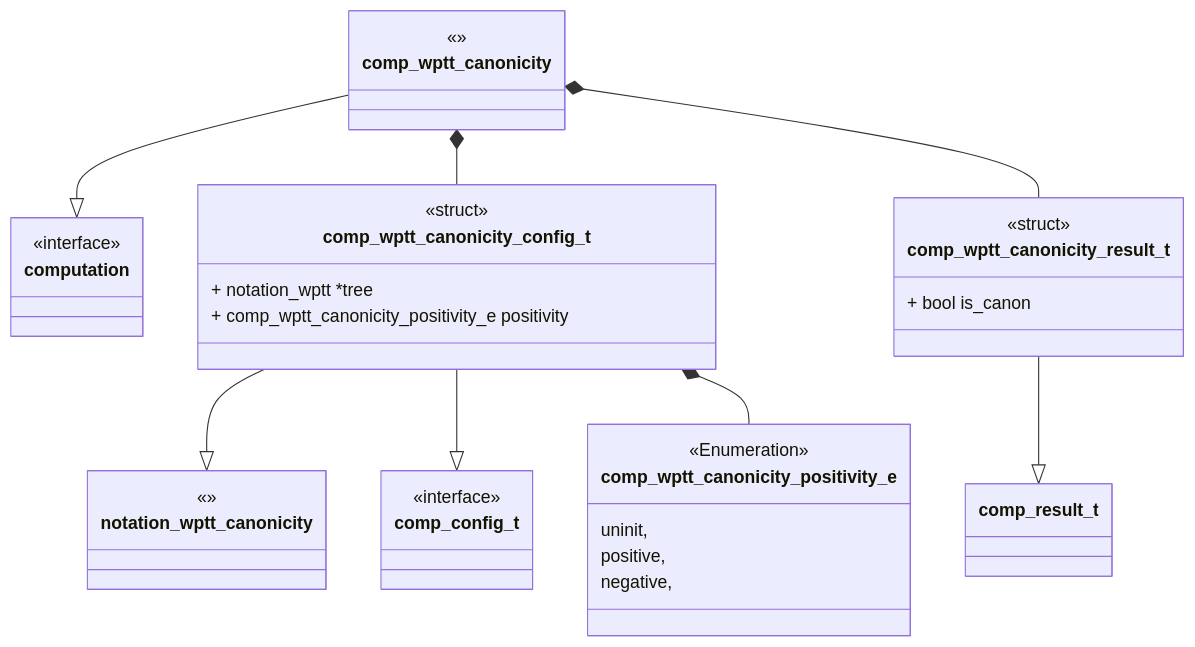
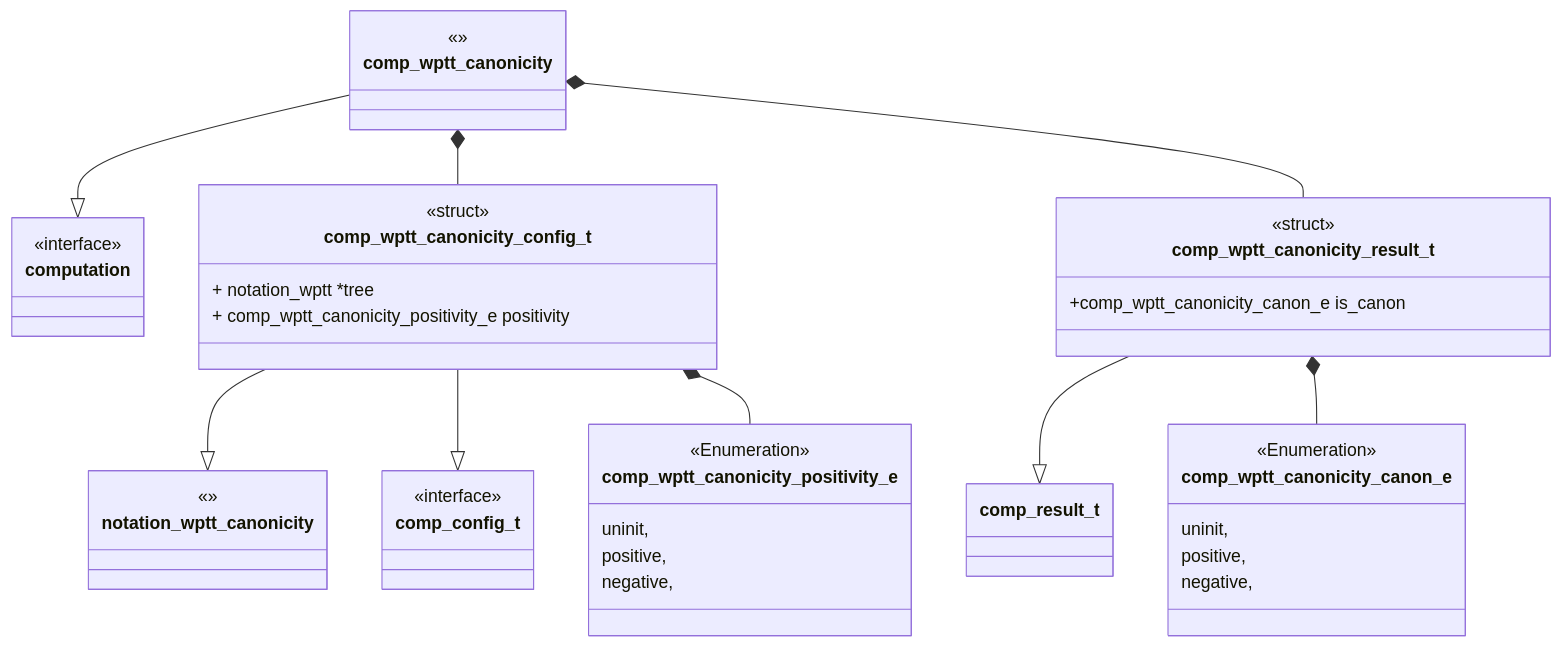
One commit to Uiowa-Applied-Topology/tanglenomicon_core_libraries changed the first of 4 diagrams in source/comp-wptt_canonicity/unit-description.md. Above: the diagram before and after it, drawn with Mermaid. The commit also changed 2 other files, not shown here.

````diff
--- a/source/comp-wptt_canonicity/unit-description.md
+++ b/source/comp-wptt_canonicity/unit-description.md
@@ -11,48 +11,56 @@
 ```mermaid
 classDiagram
     comp_wptt_canonicity  --|> computation
-    comp_wptt_canonicity _config_t --|> notation_wptt_canonicity
-    comp_wptt_canonicity _config_t --|> comp_config_t
-    comp_wptt_canonicity _result_t --|> comp_result_t
+    comp_wptt_canonicity_config_t --|> notation_wptt_canonicity
+    comp_wptt_canonicity_config_t --|> comp_config_t
+    comp_wptt_canonicity_result_t --|> comp_result_t
     comp_wptt_canonicity  *-- comp_wptt_canonicity _config_t
     comp_wptt_canonicity  *-- comp_wptt_canonicity _result_t
-    comp_wptt_canonicity _config_t *-- comp_wptt_canonicity_positivity_e
+    comp_wptt_canonicity_config_t *-- comp_wptt_canonicity_positivity_e
+    comp_wptt_canonicity_result_t *-- comp_wptt_canonicity_canon_e
 
     class computation {
         <<interface>>
     }
 
     class comp_wptt_canonicity  {
     <<>>
     }
 
     class notation_wptt_canonicity {
     <<>>
     }
 
-    class comp_wptt_canonicity _config_t {
+    class comp_wptt_canonicity_config_t {
     <<struct>>
     + notation_wptt *tree
     + comp_wptt_canonicity_positivity_e positivity
     }
 
     class comp_wptt_canonicity_positivity_e {
     <<Enumeration>>
      uninit,
      positive,
      negative,
     }
 
-    class comp_wptt_canonicity _result_t {
+    class comp_wptt_canonicity_canon_e {
+    <<Enumeration>>
+     uninit,
+     positive,
+     negative,
+    }
+
+    class comp_wptt_canonicity_result_t {
     <<struct>>
-    + bool is_canon
+    +comp_wptt_canonicity_canon_e is_canon
 
     }
 
     class comp_config_t {
     <<interface>>
 
     }
 
 
 ```
````
